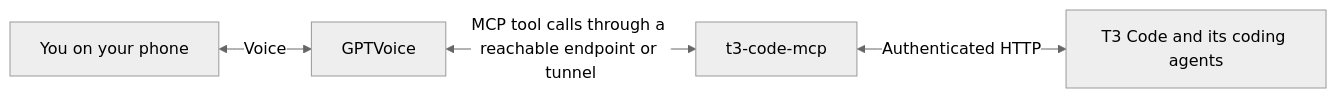
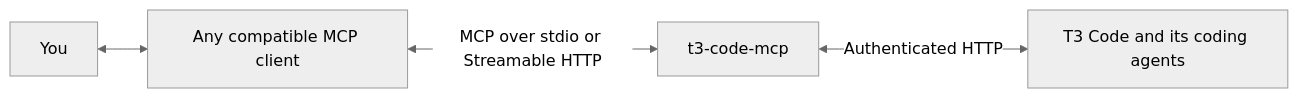
One commit to MaximilianMauroner/t3code-mcp changed the diagram in README.md. Above: the diagram before and after it, drawn with Mermaid (neutral theme). The commit also changed other lines of this file, not shown here.

First line of the commit message:
Update README for general MCP client integration

````diff
--- a/README.md
+++ b/README.md
@@ -7,6 +9,6 @@
 ```mermaid
 flowchart LR
-    User[You on your phone] <-->|Voice| Voice[GPTVoice]
-    Voice <-->|MCP tool calls through a reachable endpoint or tunnel| Gateway[t3-code-mcp]
+    User[You] <--> Client[Any compatible MCP client]
+    Client <-->|MCP over stdio or Streamable HTTP| Gateway[t3-code-mcp]
     Gateway <-->|Authenticated HTTP| T3[T3 Code and its coding agents]
 ```
````
